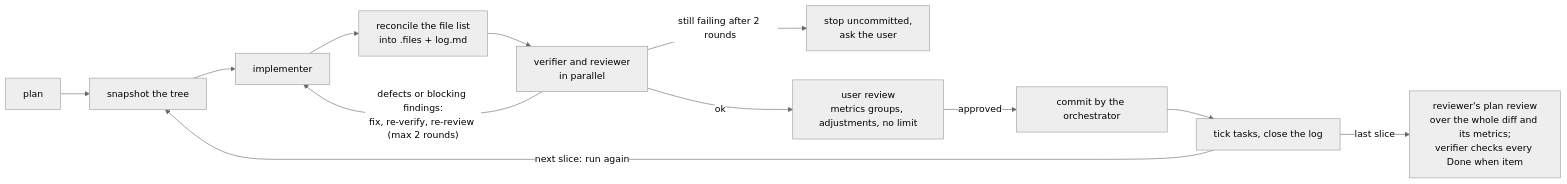
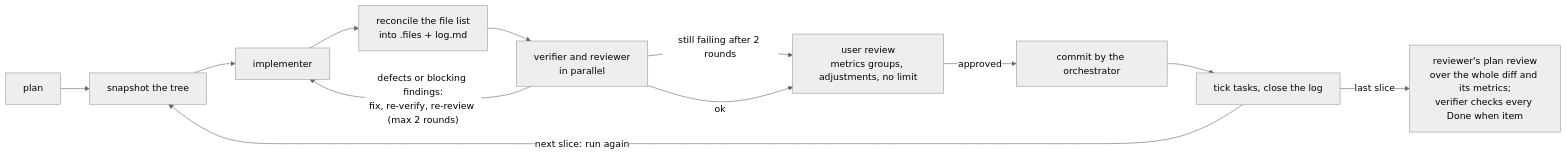
Before and after one commit to felipearpa/belay: the second of 2 diagrams in docs/structure.md, drawn with Mermaid (neutral theme). The commit also changed 3 other files, not shown here.

````diff
--- a/docs/structure.md
+++ b/docs/structure.md
@@ -128,14 +128,14 @@
 ```mermaid
 flowchart LR
   P["plan"] --> S["snapshot the tree"]
   S --> I["implementer"]
   I --> R["reconcile the file list<br/>into .files + log.md"]
   R --> V["verifier and reviewer<br/>in parallel"]
   V -- "defects or blocking findings:<br/>fix, re-verify, re-review (max 2 rounds)" --> I
-  V -- "still failing after 2 rounds" --> X["stop uncommitted,<br/>ask the user"]
+  V -- "still failing after 2 rounds" --> UR
   V -- "ok" --> UR["user review<br/>metrics groups, adjustments, no limit"]
   UR -- "approved" --> C["commit by the orchestrator"]
   C --> T["tick tasks, close the log"]
   T -- "next slice: run again" --> S
   T -- "last slice" --> PR["reviewer's plan review<br/>over the whole diff and its metrics;<br/>verifier checks every Done when item"]
 ```
````
